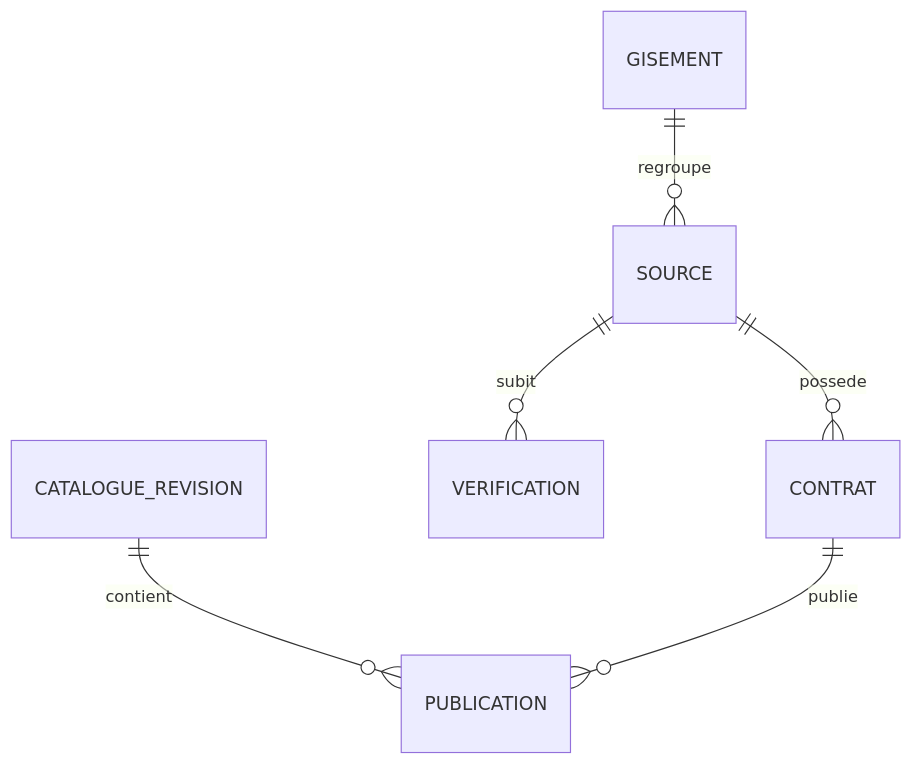
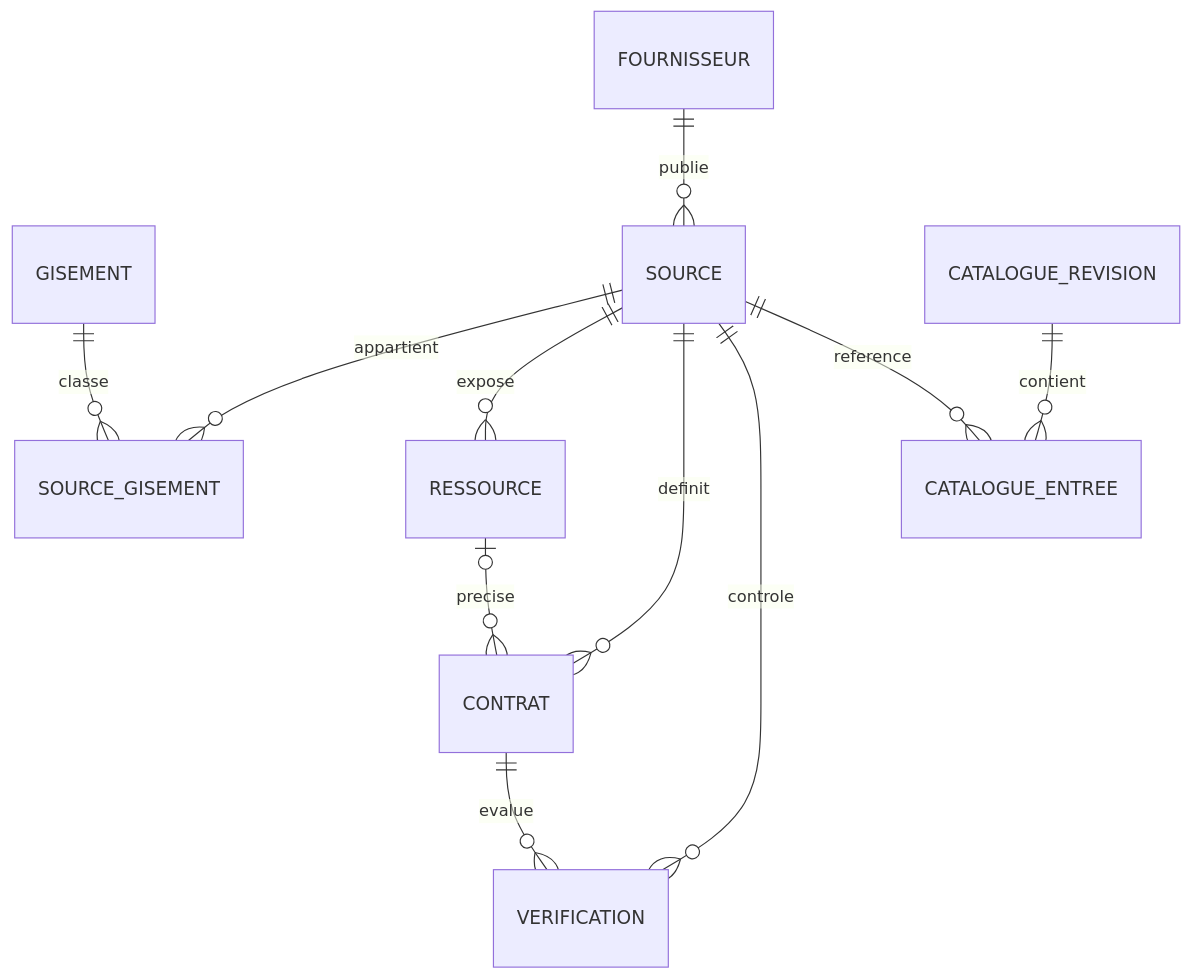
Before and after one commit to dsissoko/testv0: the diagram in docs/metier.md, drawn with Mermaid. The commit also changed other lines of this file, not shown here.

````diff
--- a/docs/metier.md
+++ b/docs/metier.md
@@ -25,8 +36,13 @@
 ```mermaid
 erDiagram
-  GISEMENT ||--o{ SOURCE : regroupe
-  SOURCE ||--o{ CONTRAT : possede
-  SOURCE ||--o{ VERIFICATION : subit
-  CATALOGUE_REVISION ||--o{ PUBLICATION : contient
-  CONTRAT ||--o{ PUBLICATION : publie
+ GISEMENT ||--o{ SOURCE_GISEMENT : classe
+ SOURCE ||--o{ SOURCE_GISEMENT : appartient
+ FOURNISSEUR ||--o{ SOURCE : publie
+ SOURCE ||--o{ RESSOURCE : expose
+ SOURCE ||--o{ CONTRAT : definit
+ RESSOURCE |o--o{ CONTRAT : precise
+ SOURCE ||--o{ VERIFICATION : controle
+ CONTRAT ||--o{ VERIFICATION : evalue
+ CATALOGUE_REVISION ||--o{ CATALOGUE_ENTREE : contient
+ SOURCE ||--o{ CATALOGUE_ENTREE : reference
 ```
````
